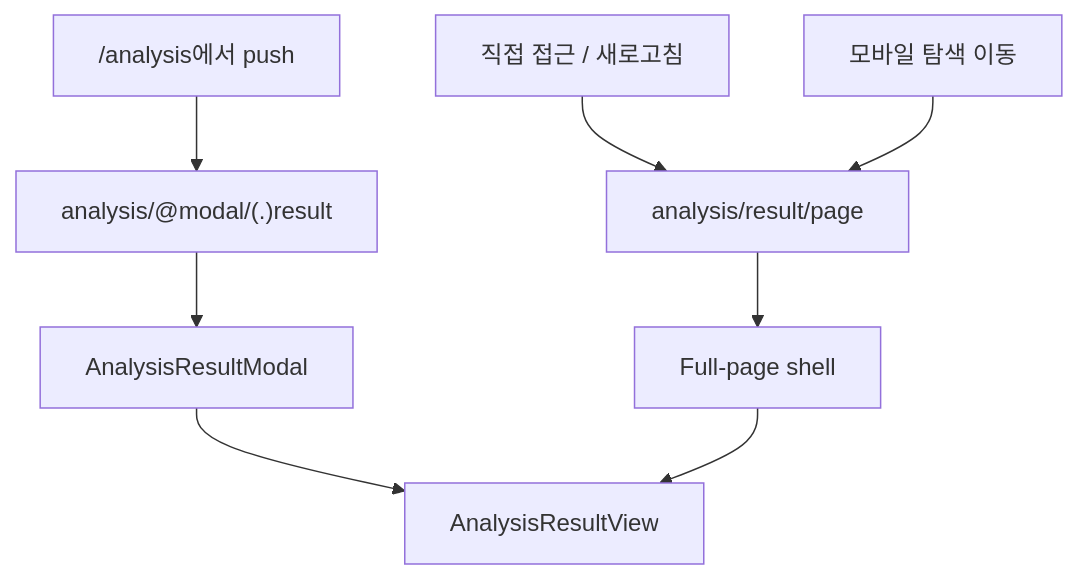
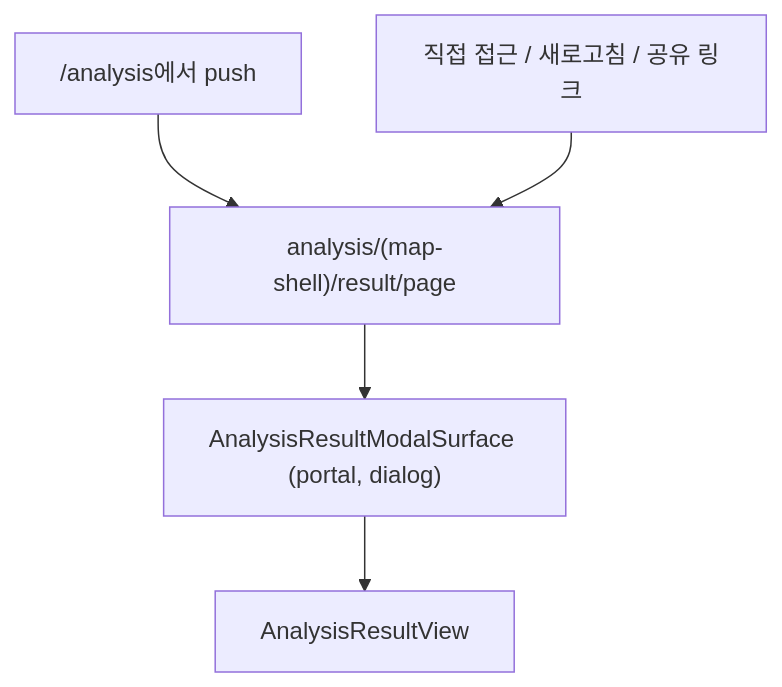
Before and after one commit to 8llow8llowMe/bosspickseoul: the first of 2 diagrams in frontend/docs/features/analysis/result.md, drawn with Mermaid. The commit also changed other lines of this file and 30 other files, not shown here.

````diff
--- a/frontend/docs/features/analysis/result.md
+++ b/frontend/docs/features/analysis/result.md
@@ -82,10 +82,7 @@
 ```mermaid
 flowchart TD
-  Nav["/analysis에서 push"] --> Intercept["analysis/@modal/(.)result"]
-  Direct["직접 접근 / 새로고침"] --> Canonical["analysis/result/page"]
-  Mobile["모바일 탐색 이동"] --> Canonical
-  Intercept --> Modal["AnalysisResultModal"]
-  Canonical --> Full["Full-page shell"]
-  Modal --> View["AnalysisResultView"]
-  Full --> View
+  Nav["/analysis에서 push"] --> Route["analysis/(map-shell)/result/page"]
+  Direct["직접 접근 / 새로고침 / 공유 링크"] --> Route
+  Route --> Surface["AnalysisResultModalSurface (portal, dialog)"]
+  Surface --> View["AnalysisResultView"]
 ```
````
